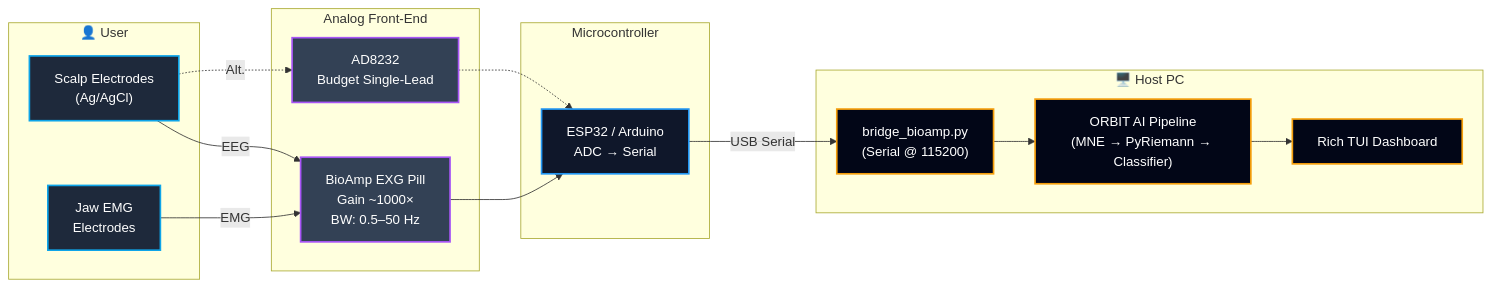
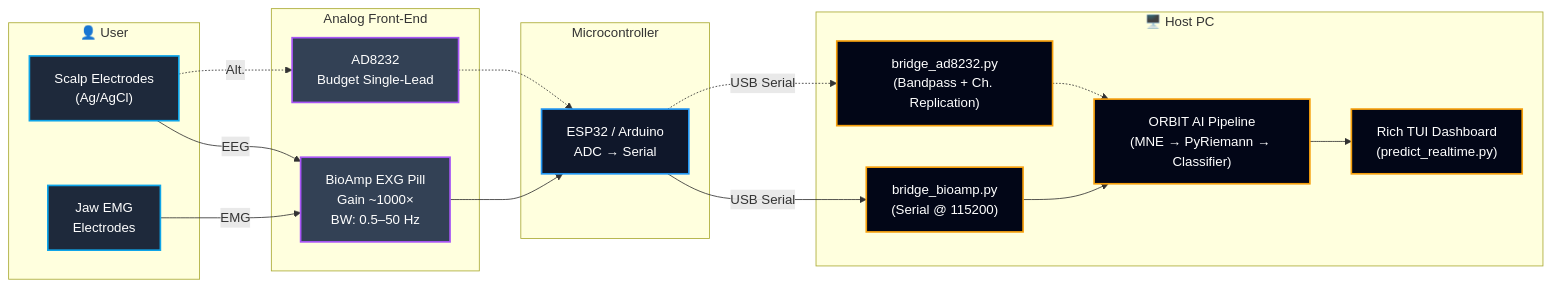
One commit to NAVEENKCG/Mind_Wave_AImodel changed the third of 7 diagrams in visual_workflow.md. Above: the diagram before and after it, drawn with Mermaid. The commit also changed other lines of this file and 2 other files, not shown here.

Commit message:
docs: comprehensive update to README.md and visual_workflow.md — add architecture diagrams, file map, results, datasets, project structure, and full pipeline flowcharts

````diff
--- a/visual_workflow.md
+++ b/visual_workflow.md
@@ -89,36 +99,39 @@
 ```mermaid
 flowchart LR
     classDef hw fill:#1e293b,stroke:#0ea5e9,stroke-width:2px,color:#fff
     classDef afe fill:#334155,stroke:#a855f7,stroke-width:2px,color:#fff
     classDef mcu fill:#0f172a,stroke:#2196f3,stroke-width:2px,color:#fff
     classDef host fill:#020617,stroke:#f59e0b,stroke-width:2px,color:#fff
 
     subgraph USER["👤 User"]
         SCALP["Scalp Electrodes<br/>(Ag/AgCl)"]:::hw
         JAW["Jaw EMG<br/>Electrodes"]:::hw
     end
 
     subgraph AFE["Analog Front-End"]
         BIOAMP["BioAmp EXG Pill<br/>Gain ~1000×<br/>BW: 0.5–50 Hz"]:::afe
         AD8232["AD8232<br/>Budget Single-Lead"]:::afe
     end
 
     subgraph MCU["Microcontroller"]
         ESP["ESP32 / Arduino<br/>ADC → Serial"]:::mcu
     end
 
     subgraph HOST["🖥️ Host PC"]
         BRIDGE["bridge_bioamp.py<br/>(Serial @ 115200)"]:::host
+        BRIDGE_ALT["bridge_ad8232.py<br/>(Bandpass + Ch. Replication)"]:::host
         PIPELINE["ORBIT AI Pipeline<br/>(MNE → PyRiemann → Classifier)"]:::host
-        DASHBOARD["Rich TUI Dashboard"]:::host
+        DASHBOARD["Rich TUI Dashboard<br/>(predict_realtime.py)"]:::host
     end
 
     SCALP -->|EEG| BIOAMP
     JAW -->|EMG| BIOAMP
     SCALP -.->|Alt.| AD8232
     BIOAMP --> ESP
     AD8232 -.-> ESP
     ESP -->|USB Serial| BRIDGE
+    ESP -.->|USB Serial| BRIDGE_ALT
     BRIDGE --> PIPELINE
+    BRIDGE_ALT -.-> PIPELINE
     PIPELINE --> DASHBOARD
 ```
````
